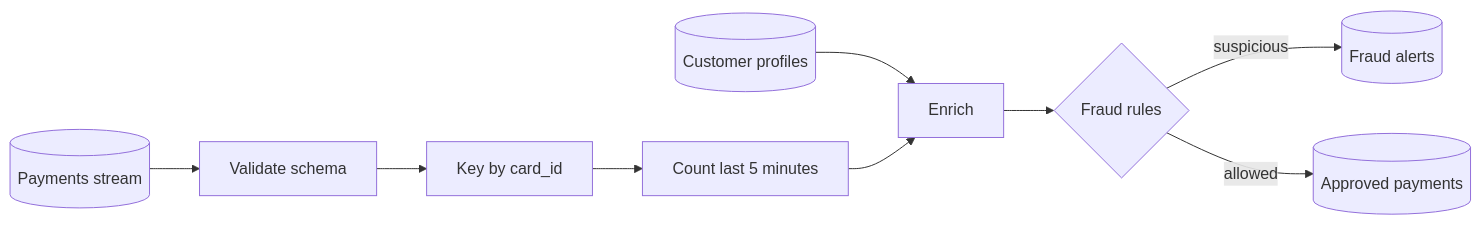
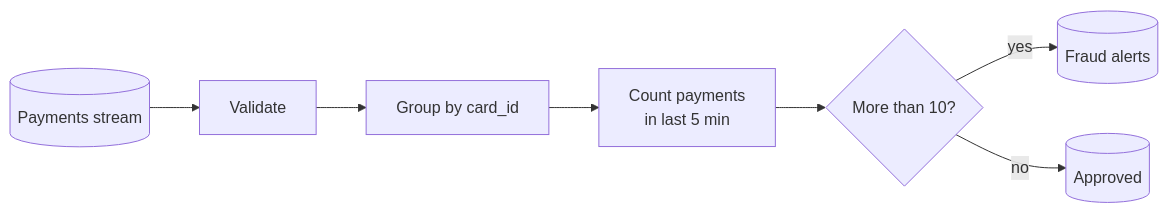
The first of 2 diagrams in streaming/stream-processing-architectures.md (alanqi03/sys-design), drawn with Mermaid before and after one commit. The commit also changed other lines of this file and 6 other files, not shown here.

````diff
--- a/streaming/stream-processing-architectures.md
+++ b/streaming/stream-processing-architectures.md
@@ -17,11 +15,9 @@
 ```{mermaid}
 flowchart LR
-  payments[(Payments stream)] --> validate[Validate schema]
-  validate --> key[Key by card_id]
-  key --> velocity[Count last 5 minutes]
-  profiles[(Customer profiles)] --> enrich[Enrich]
-  velocity --> enrich
-  enrich --> rules{Fraud rules}
-  rules -->|suspicious| alerts[(Fraud alerts)]
-  rules -->|allowed| approved[(Approved payments)]
+  payments[(Payments stream)] --> validate[Validate]
+  validate --> key["Group by card_id"]
+  key --> count["Count payments<br/>in last 5 min"]
+  count --> rules{"More than 10?"}
+  rules -->|yes| alerts[(Fraud alerts)]
+  rules -->|no| approved[(Approved)]
 ```
````
